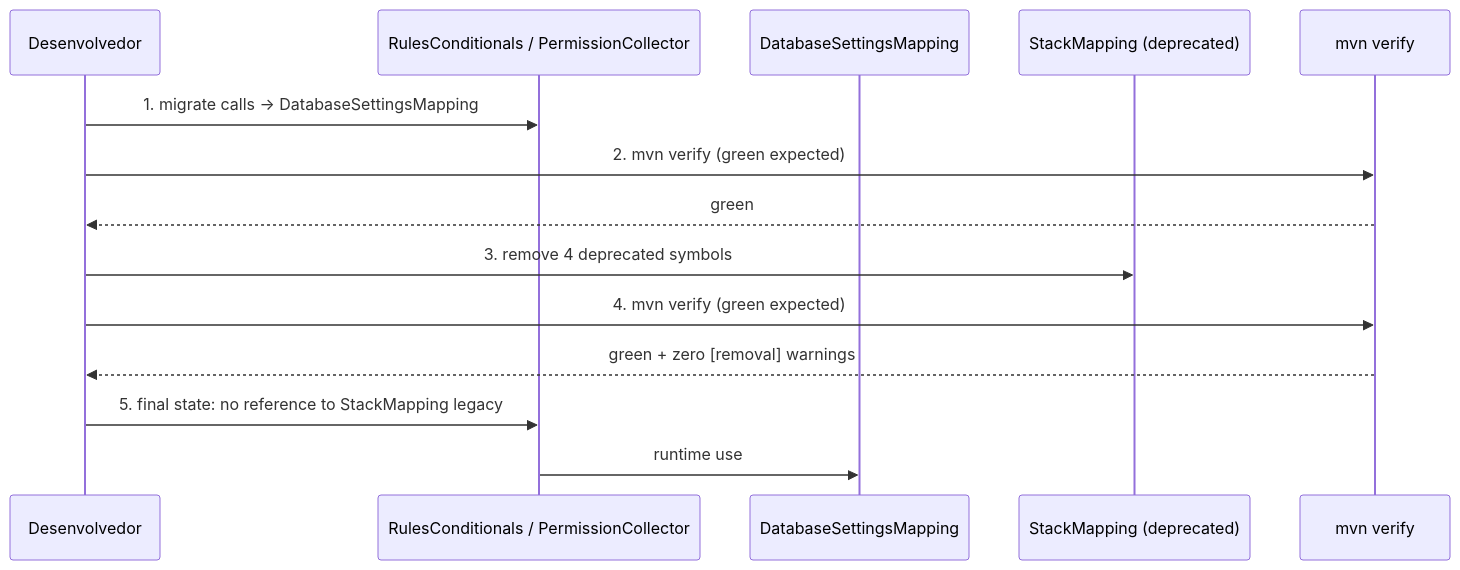
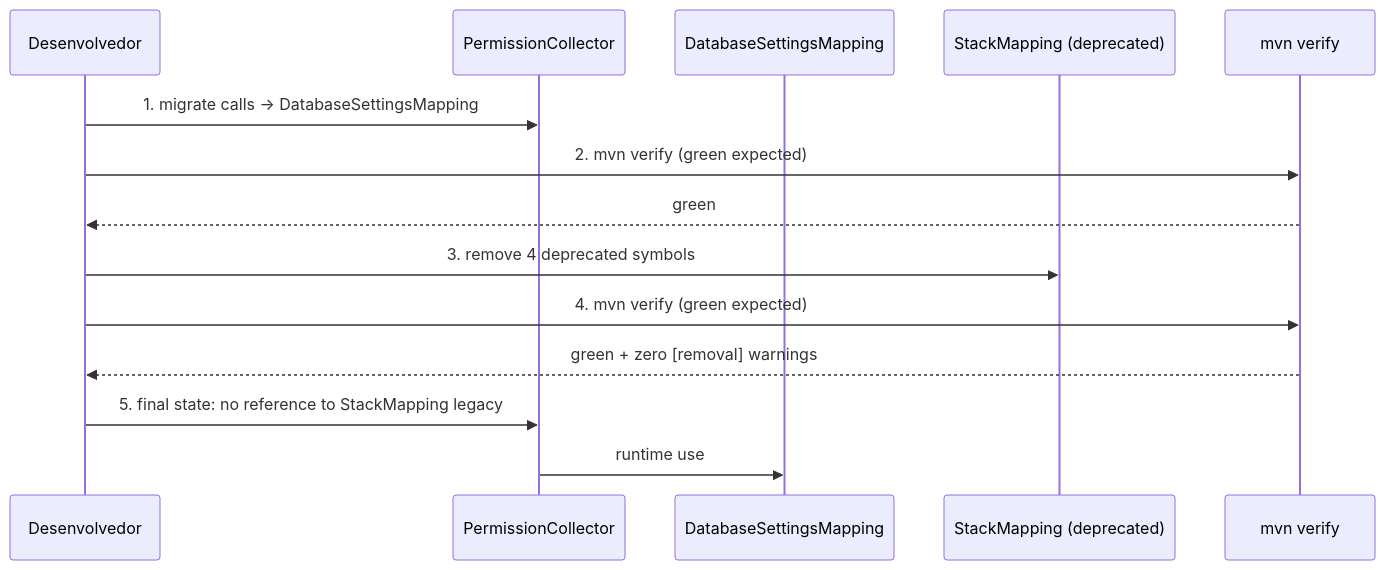
The diagram in plans/epic-0044/story-0044-0001.md (edercnj/ia-dev-environment), drawn with Mermaid before and after one commit. The commit also changed other lines of this file and 4 other files, not shown here.

````diff
--- a/plans/epic-0044/story-0044-0001.md
+++ b/plans/epic-0044/story-0044-0001.md
@@ -142,17 +135,17 @@
 ```mermaid
 sequenceDiagram
     participant Dev as Desenvolvedor
-    participant Caller as RulesConditionals / PermissionCollector
+    participant Caller as PermissionCollector
     participant Target as DatabaseSettingsMapping
     participant Legacy as StackMapping (deprecated)
     participant CI as mvn verify
 
     Dev->>Caller: 1. migrate calls → DatabaseSettingsMapping
     Dev->>CI: 2. mvn verify (green expected)
     CI-->>Dev: green
     Dev->>Legacy: 3. remove 4 deprecated symbols
     Dev->>CI: 4. mvn verify (green expected)
     CI-->>Dev: green + zero [removal] warnings
     Dev->>Caller: 5. final state: no reference to StackMapping legacy
     Caller->>Target: runtime use
 ```
````
